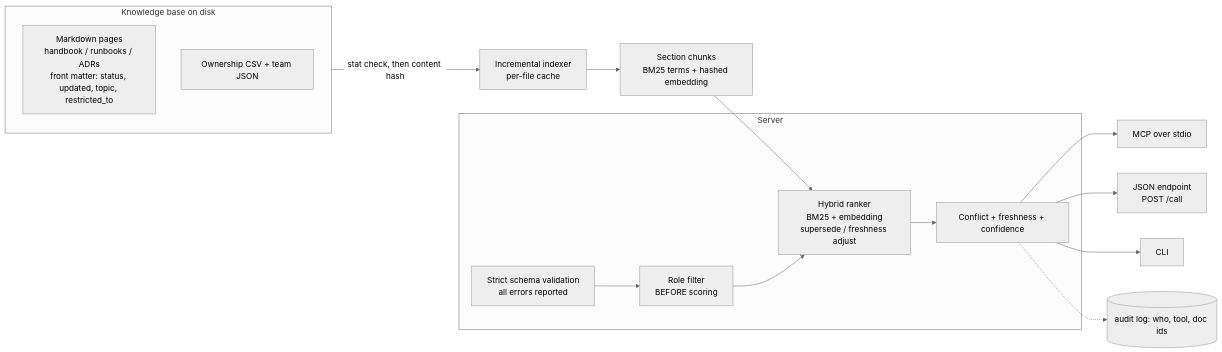
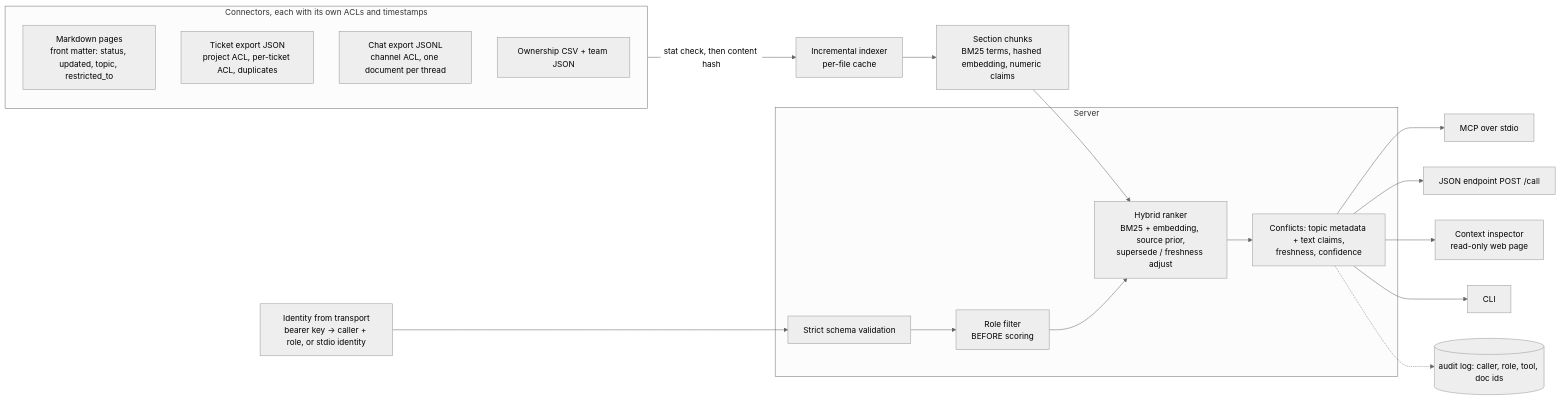
Before and after one commit to dhia-eddine-mahdaoui/internal-context-mcp: the diagram in README.md, drawn with Mermaid (neutral theme). The commit also changed other lines of this file and 41 other files, not shown here.

First line of the commit message:
Add connectors, transport identity, text conflicts, inspector, docs

````diff
--- a/README.md
+++ b/README.md
@@ -21,21 +25,25 @@
 ```mermaid
 flowchart LR
-  subgraph Sources[Knowledge base on disk]
-    MD[Markdown pages<br/>handbook / runbooks / ADRs<br/>front matter: status, updated, topic, restricted_to]
+  subgraph Sources[Connectors, each with its own ACLs and timestamps]
+    MD[Markdown pages<br/>front matter: status, updated, topic, restricted_to]
+    TK[Ticket export JSON<br/>project ACL, per-ticket ACL, duplicates]
+    CH[Chat export JSONL<br/>channel ACL, one document per thread]
     OWN[Ownership CSV + team JSON]
   end
   Sources -->|stat check, then content hash| IDX[Incremental indexer<br/>per-file cache]
-  IDX --> CH[Section chunks<br/>BM25 terms + hashed embedding]
+  IDX --> CK[Section chunks<br/>BM25 terms, hashed embedding, numeric claims]
+  ID[Identity from transport<br/>bearer key -> caller + role, or stdio identity] --> V
   subgraph Server
-    V[Strict schema validation<br/>all errors reported]
+    V[Strict schema validation]
     P[Role filter<br/>BEFORE scoring]
-    R[Hybrid ranker<br/>BM25 + embedding<br/>supersede / freshness adjust]
-    C[Conflict + freshness + confidence]
+    R[Hybrid ranker<br/>BM25 + embedding, source prior,<br/>supersede / freshness adjust]
+    C[Conflicts: topic metadata + text claims,<br/>freshness, confidence]
   end
-  CH --> R
+  CK --> R
   V --> P --> R --> C
   C --> MCP[MCP over stdio]
-  C --> HTTP[JSON endpoint<br/>POST /call]
+  C --> HTTP[JSON endpoint POST /call]
+  C --> INS[Context inspector<br/>read-only web page]
   C --> CLI[CLI]
-  C -.-> AUD[(audit log: who, tool, doc ids)]
+  C -.-> AUD[(audit log: caller, role, tool, doc ids)]
 ```
````
